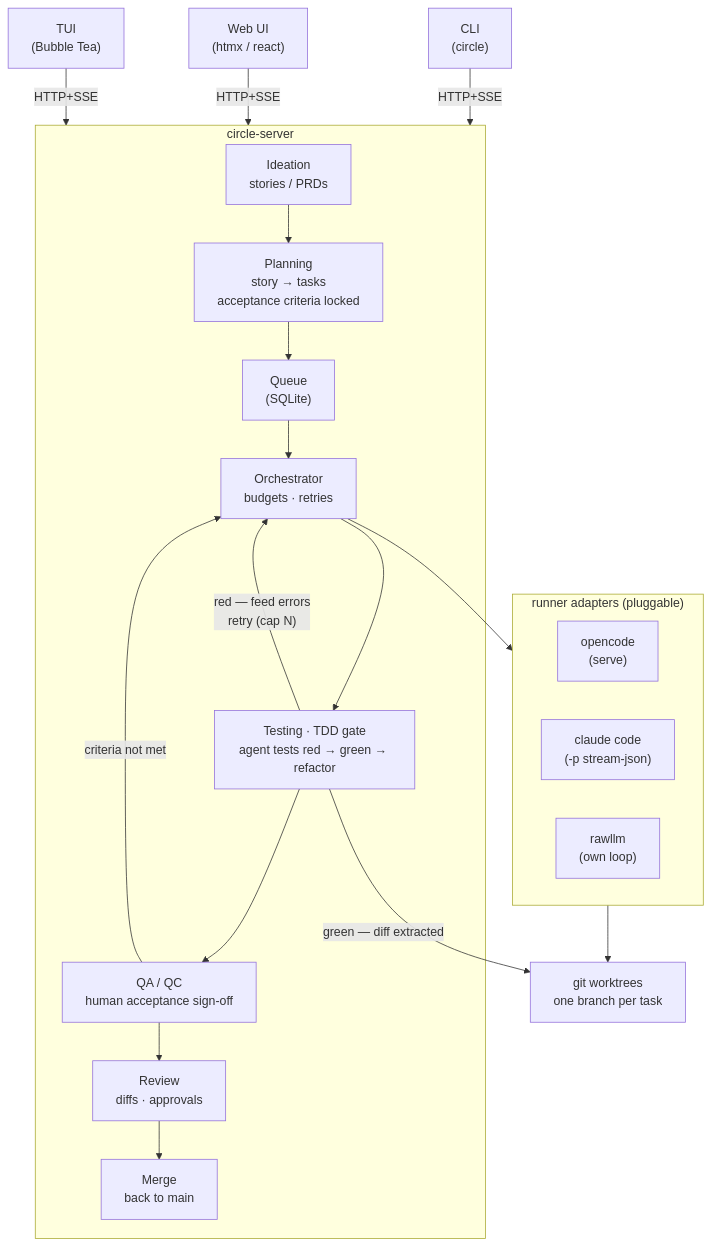
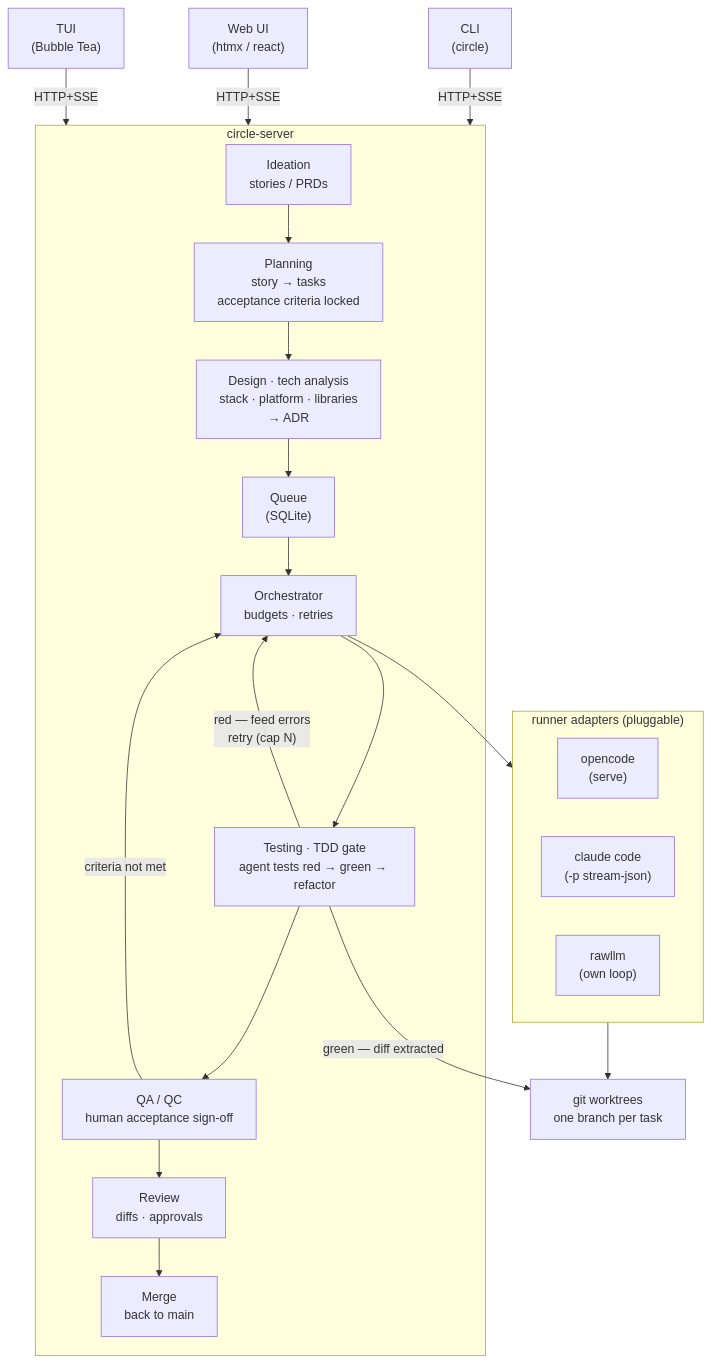
One commit to jalusw/circle changed the diagram in docs/LIFECYCLE.md. Above: the diagram before and after it, drawn with Mermaid. The commit also changed other lines of this file and 2 other files, not shown here.

Commit message:
docs: add design/tech-analysis stage to lifecycle

````diff
--- a/docs/LIFECYCLE.md
+++ b/docs/LIFECYCLE.md
@@ -7,35 +8,36 @@
 ```mermaid
 flowchart TB
     Web["Web UI<br/>(htmx / react)"]
     TUI["TUI<br/>(Bubble Tea)"]
     CLI["CLI<br/>(circle)"]
 
     subgraph Server["circle-server"]
         Intake["Ideation<br/>stories / PRDs"]
         Plan["Planning<br/>story → tasks<br/>acceptance criteria locked"]
+        Design["Design · tech analysis<br/>stack · platform · libraries<br/>→ ADR"]
         Queue["Queue<br/>(SQLite)"]
         Orch["Orchestrator<br/>budgets · retries"]
         Test["Testing · TDD gate<br/>agent tests red → green → refactor"]
         QA["QA / QC<br/>human acceptance sign-off"]
         Review["Review<br/>diffs · approvals"]
         Merge["Merge<br/>back to main"]
-        Intake --> Plan --> Queue --> Orch --> Test --> QA --> Review --> Merge
+        Intake --> Plan --> Design --> Queue --> Orch --> Test --> QA --> Review --> Merge
         Test -->|"red — feed errors<br/>retry (cap N)"| Orch
         QA -->|"criteria not met"| Orch
     end
 
     subgraph Runners["runner adapters (pluggable)"]
         OC["opencode<br/>(serve)"]
         CC["claude code<br/>(-p stream-json)"]
         RAW["rawllm<br/>(own loop)"]
     end
 
     Worktrees["git worktrees<br/>one branch per task"]
 
     CLI -->|HTTP+SSE| Server
     Web -->|HTTP+SSE| Server
     TUI -->|HTTP+SSE| Server
     Orch --> Runners
     Runners --> Worktrees
     Test -->|"green — diff extracted"| Worktrees
 ```
````
